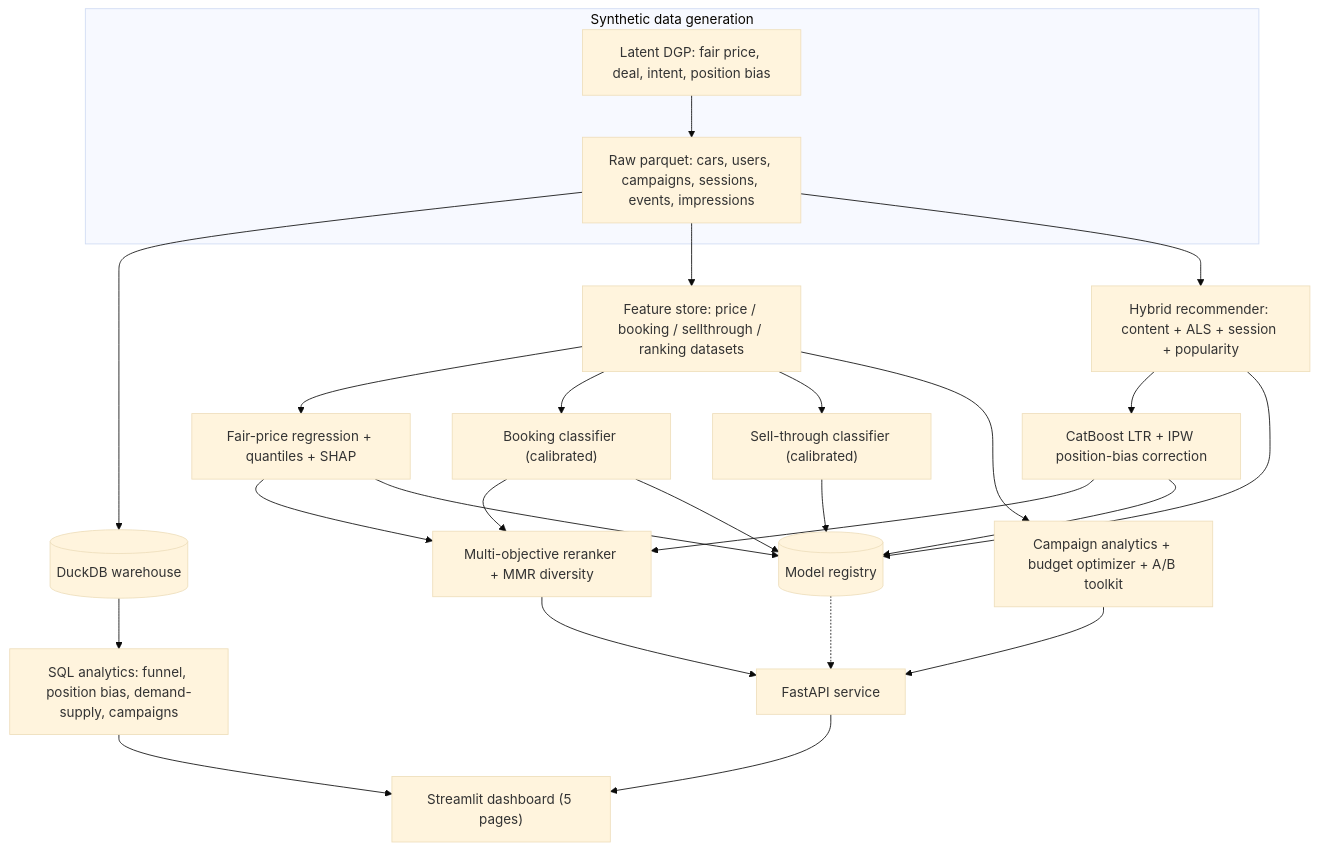
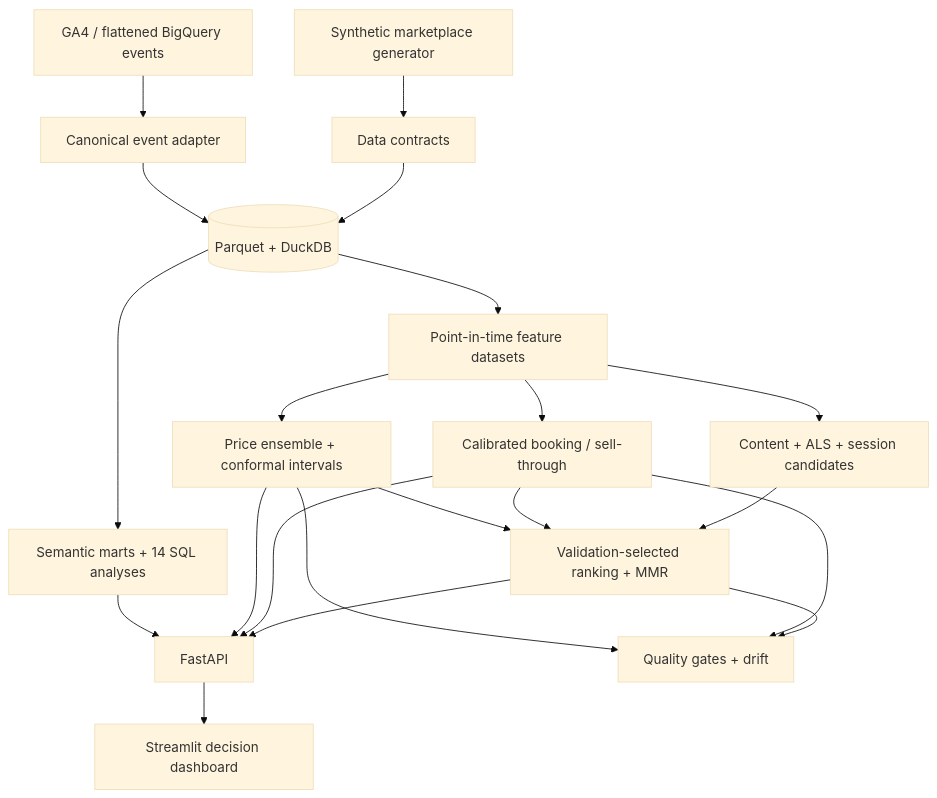
Before and after one commit to sneharc16/ml-ds-assignment: the diagram in README.md, drawn with Mermaid (base theme). The commit also changed other lines of this file and 62 other files, not shown here.

First line of the commit message:
Rebuild DriveIntent with advanced SQL, stronger models, and deployment

````diff
--- a/README.md
+++ b/README.md
@@ -81,29 +36,23 @@
 ```mermaid
 flowchart TD
-    subgraph Gen["Synthetic data generation"]
-        DGP["Latent DGP: fair price, deal, intent, position bias"]
-        DGP --> RAW["Raw parquet: cars, users, campaigns, sessions, events, impressions"]
-    end
-    RAW --> DB[("DuckDB warehouse")]
-    DB --> SQLA["SQL analytics: funnel, position bias, demand-supply, campaigns"]
-    RAW --> FEAT["Feature store: price / booking / sellthrough / ranking datasets"]
-    FEAT --> PRICE["Fair-price regression + quantiles + SHAP"]
-    FEAT --> BOOK["Booking classifier (calibrated)"]
-    FEAT --> SELL["Sell-through classifier (calibrated)"]
-    RAW --> REC["Hybrid recommender: content + ALS + session + popularity"]
-    REC --> RANK["CatBoost LTR + IPW position-bias correction"]
-    PRICE --> RERANK["Multi-objective reranker + MMR diversity"]
-    BOOK --> RERANK
-    RANK --> RERANK
-    REG[("Model registry")] -.-> API
-    PRICE --> REG
-    BOOK --> REG
-    SELL --> REG
-    RANK --> REG
-    REC --> REG
-    RERANK --> API["FastAPI service"]
-    SQLA --> DASH["Streamlit dashboard (5 pages)"]
-    API --> DASH
-    FEAT --> CAMP["Campaign analytics + budget optimizer + A/B toolkit"]
-    CAMP --> API
+  GA4[GA4 / flattened BigQuery events] --> ADAPTER[Canonical event adapter]
+  SYN[Synthetic marketplace generator] --> VALIDATE[Data contracts]
+  ADAPTER --> WH[(Parquet + DuckDB)]
+  VALIDATE --> WH
+  WH --> SQL[Semantic marts + 14 SQL analyses]
+  WH --> FS[Point-in-time feature datasets]
+  FS --> PRICE[Price ensemble + conformal intervals]
+  FS --> CLASS[Calibrated booking / sell-through]
+  FS --> REC[Content + ALS + session candidates]
+  PRICE --> RANK[Validation-selected ranking + MMR]
+  CLASS --> RANK
+  REC --> RANK
+  SQL --> API[FastAPI]
+  PRICE --> API
+  CLASS --> API
+  RANK --> API
+  API --> UI[Streamlit decision dashboard]
+  PRICE --> MON[Quality gates + drift]
+  CLASS --> MON
+  RANK --> MON
 ```
````
